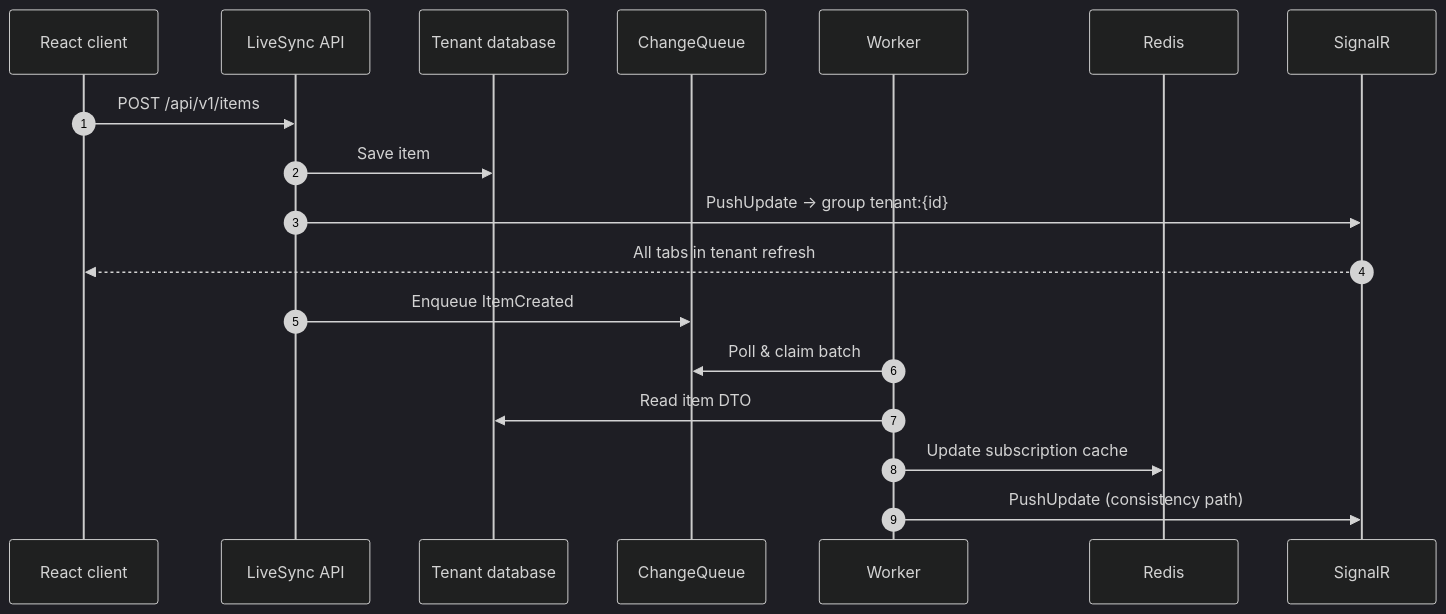
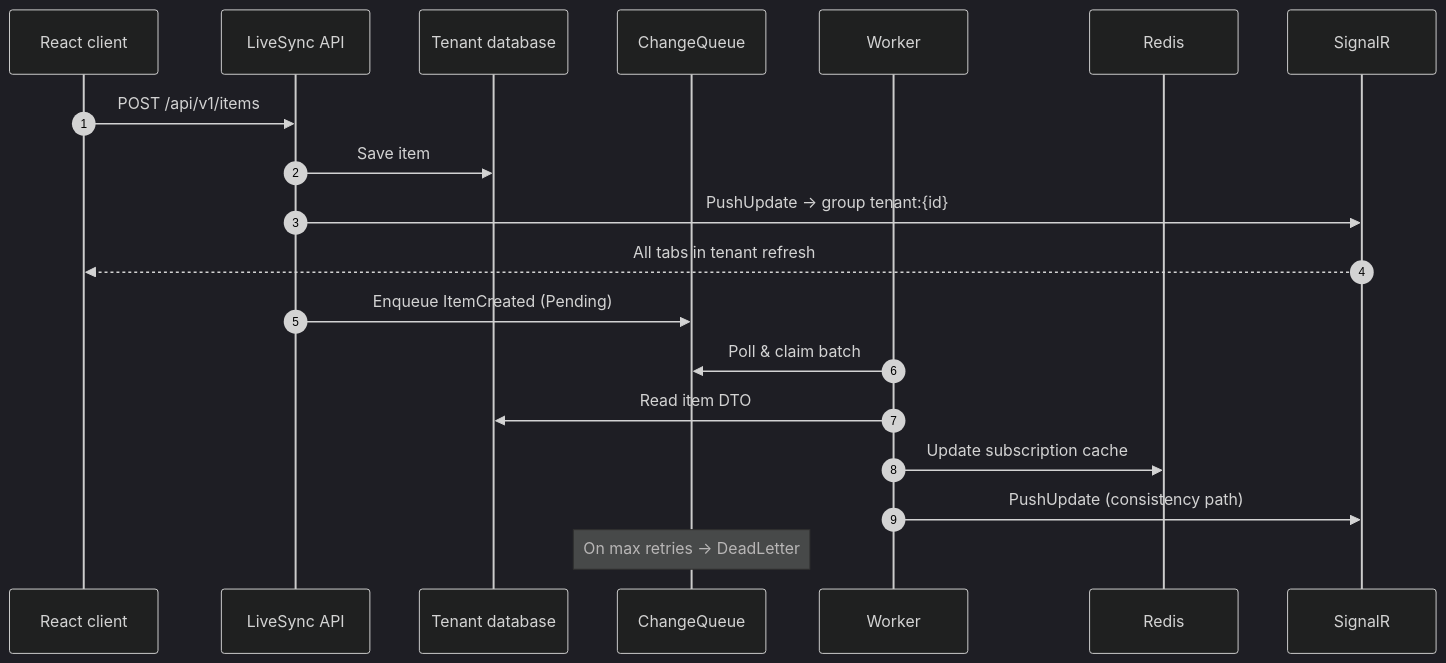
The third of 4 diagrams in LiveSync.PushPlatform/README.md (ismayilov449/LiveSync), drawn with Mermaid (dark theme) before and after one commit. The commit also changed other lines of this file and 94 other files, not shown here.

````diff
--- a/LiveSync.PushPlatform/README.md
+++ b/LiveSync.PushPlatform/README.md
@@ -162,21 +175,22 @@
 ```mermaid
 sequenceDiagram
     autonumber
     participant UI as React client
     participant API as LiveSync API
     participant DB as Tenant database
     participant Q as ChangeQueue
     participant W as Worker
     participant R as Redis
     participant SR as SignalR
 
     UI->>API: POST /api/v1/items
     API->>DB: Save item
     API->>SR: PushUpdate → group tenant:{id}
     SR-->>UI: All tabs in tenant refresh
-    API->>Q: Enqueue ItemCreated
+    API->>Q: Enqueue ItemCreated (Pending)
     W->>Q: Poll & claim batch
     W->>DB: Read item DTO
     W->>R: Update subscription cache
     W->>SR: PushUpdate (consistency path)
+    Note over Q: On max retries → DeadLetter
 ```
````
